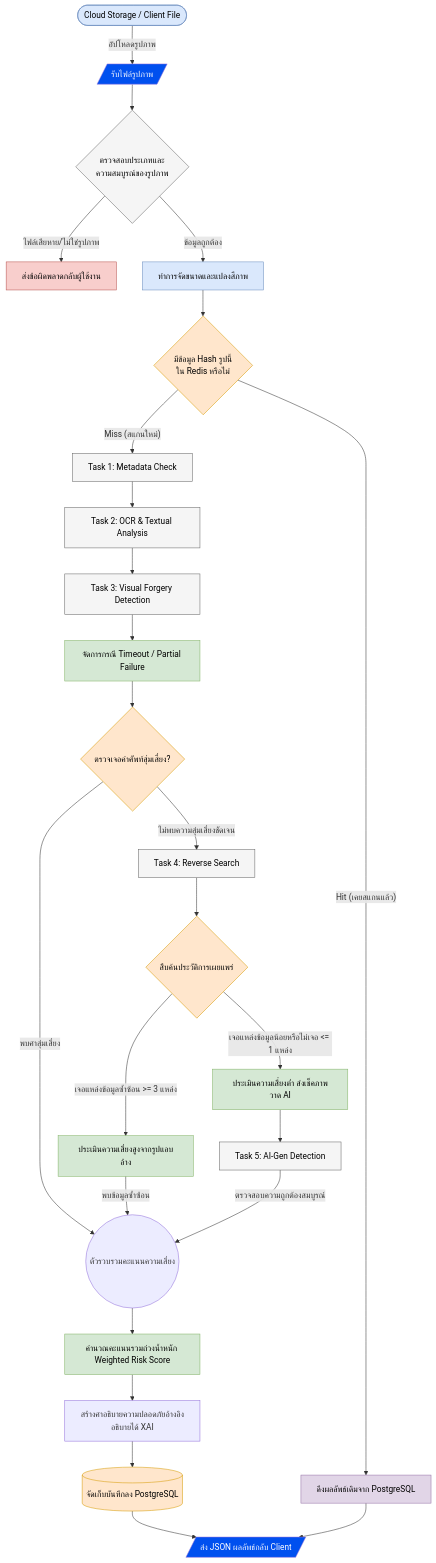
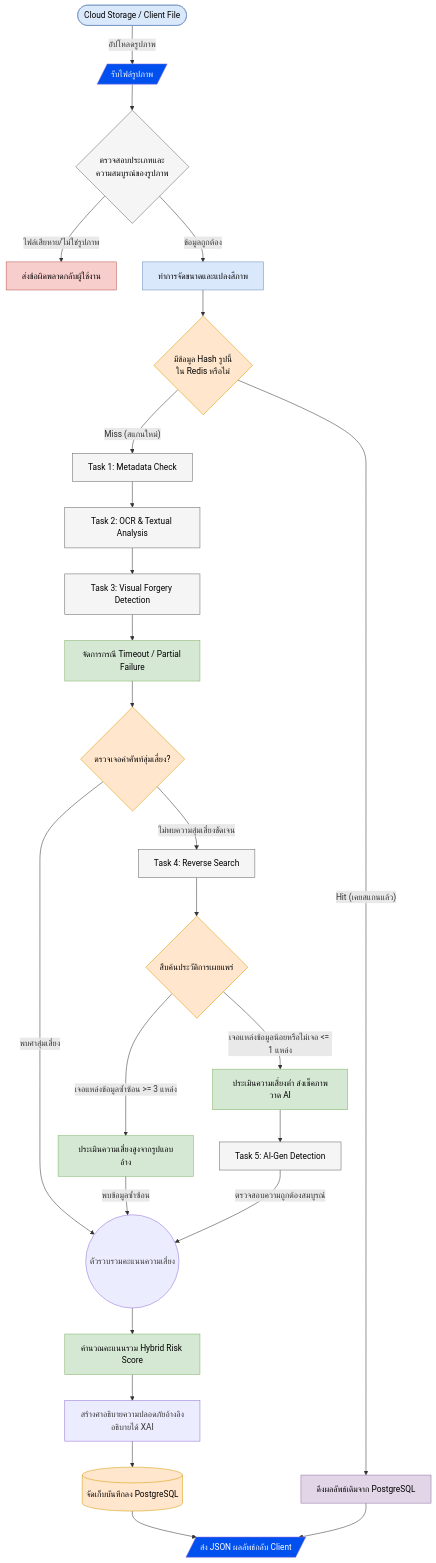
The third of 3 diagrams in design/architecture.md (Panuwat-ta/project), drawn with Mermaid before and after one commit. The commit also changed other lines of this file and 83 other files, not shown here.

````diff
--- a/design/architecture.md
+++ b/design/architecture.md
@@ -200,67 +200,67 @@
 ```mermaid
 graph TD
     %% Source & Initial Validation
     CloudStorage([Cloud Storage / Client File]) -- อัปโหลดรูปภาพ --> Receive[/รับไฟล์รูปภาพ/]
     Receive --> NodeValidate{ตรวจสอบประเภทและ<br>ความสมบูรณ์ของรูปภาพ}
     
     NodeValidate -- ไฟล์เสียหาย/ไม่ใช่รูปภาพ --> Reject[ส่งข้อผิดพลาดกลับผู้ใช้งาน]
     NodeValidate -- ข้อมูลถูกต้อง --> Preprocess[ทำการจัดขนาดและแปลงสีภาพ]
 
     %% Cache Mechanism
     Preprocess --> NodeCache{มีข้อมูล Hash รูปนี้<br>ใน Redis หรือไม่}
     NodeCache -- Hit (เคยสแกนแล้ว) --> RetCache[ดึงผลลัพธ์เดิมจาก PostgreSQL]
     
     %% Processing Tasks
     NodeCache -- Miss (สแกนใหม่) --> Task1[Task 1: Metadata Check]
     Task1 --> Task2[Task 2: OCR & Textual Analysis]
     Task2 --> Task3[Task 3: Visual Forgery Detection]
     
     %% Error Handling & Logic Branching
     Task3 --> PartialFail[จัดการกรณี Timeout / Partial Failure]
     PartialFail --> NodeKeyword{ตรวจเจอคำศัพท์สุ่มเสี่ยง?}
     
     NodeKeyword -- ไม่พบความสุ่มเสี่ยงชัดเจน --> Task4[Task 4: Reverse Search]
     Task4 --> NodeSearch{สืบค้นประวัติการเผยแพร่}
     
     NodeSearch -- เจอแหล่งข้อมูลซ้ำซ้อน >= 3 แหล่ง --> SourceHigh[ประเมินความเสี่ยงสูงจากรูปแอบอ้าง]
     NodeSearch -- เจอแหล่งข้อมูลน้อยหรือไม่เจอ <= 1 แหล่ง --> SourceLow[ประเมินความเสี่ยงต่ำ ส่งเช็คภาพวาด AI]
     
     SourceLow --> Task5[Task 5: AI-Gen Detection]
     
     %% Aggregation Point (Collector)
     Collector((ตัวรวบรวมคะแนนความเสี่ยง))
     NodeKeyword -- พบคำสุ่มเสี่ยง --> Collector
     SourceHigh -- พบข้อมูลซ้ำซ้อน --> Collector
     Task5 -- ตรวจสอบความถูกต้องสมบูรณ์ --> Collector
     
     %% Final Calculation & Storage
-    Collector --> Calc[คำนวณคะแนนรวมถ่วงน้ำหนัก Weighted Risk Score]
+    Collector --> Calc[คำนวณคะแนนรวม Hybrid Risk Score]
     Calc --> Gen[สร้างคำอธิบายความปลอดภัยอ้างอิงอธิบายได้ XAI]
     Gen --> DB[(จัดเก็บบันทึกลง PostgreSQL)]
     
     %% Output
     DB --> Output[/ส่ง JSON ผลลัพธ์กลับ Client/]
     RetCache --> Output
 
     %% Styling
     style CloudStorage fill:#dae8fc,stroke:#6c8ebf,color:black
     style Receive fill:#0050ef,color:white
     style NodeValidate fill:#f5f5f5,stroke:#666,color:black
     style Reject fill:#f8cecc,stroke:#b85450,color:black
     style Preprocess fill:#dae8fc,stroke:#6c8ebf,color:black
     style NodeCache fill:#ffe6cc,stroke:#d79b00,color:black
     style RetCache fill:#e1d5e7,stroke:#9673a6,color:black
     style Task1 fill:#f5f5f5,stroke:#666,color:black
     style Task2 fill:#f5f5f5,stroke:#666,color:black
     style Task3 fill:#f5f5f5,stroke:#666,color:black
     style Task4 fill:#f5f5f5,stroke:#666,color:black
     style Task5 fill:#f5f5f5,stroke:#666,color:black
     style PartialFail fill:#d5e8d4,stroke:#82b366,color:black
     style NodeKeyword fill:#ffe6cc,stroke:#d79b00,color:black
     style NodeSearch fill:#ffe6cc,stroke:#d79b00,color:black
     style SourceHigh fill:#d5e8d4,stroke:#82b366,color:black
     style SourceLow fill:#d5e8d4,stroke:#82b366,color:black
     style Calc fill:#d5e8d4,stroke:#82b366,color:black
     style DB fill:#ffe6cc,stroke:#d79b00,color:black
     style Output fill:#0050ef,color:white
 ```
````
